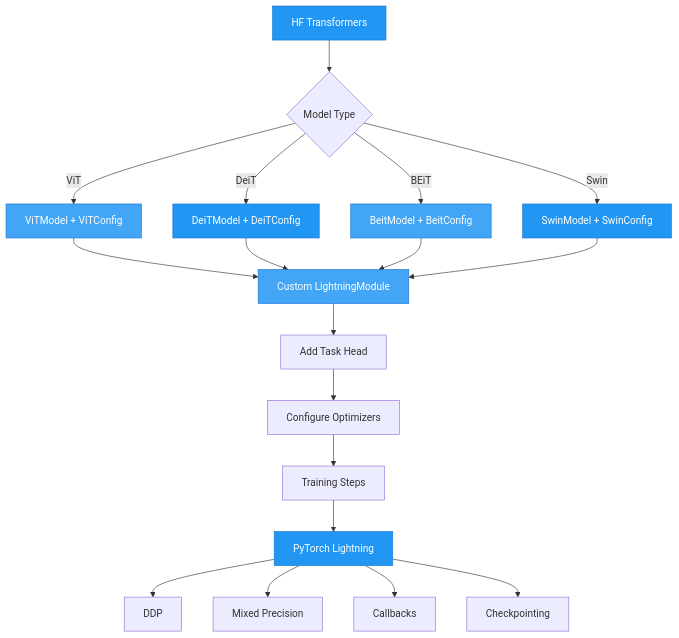
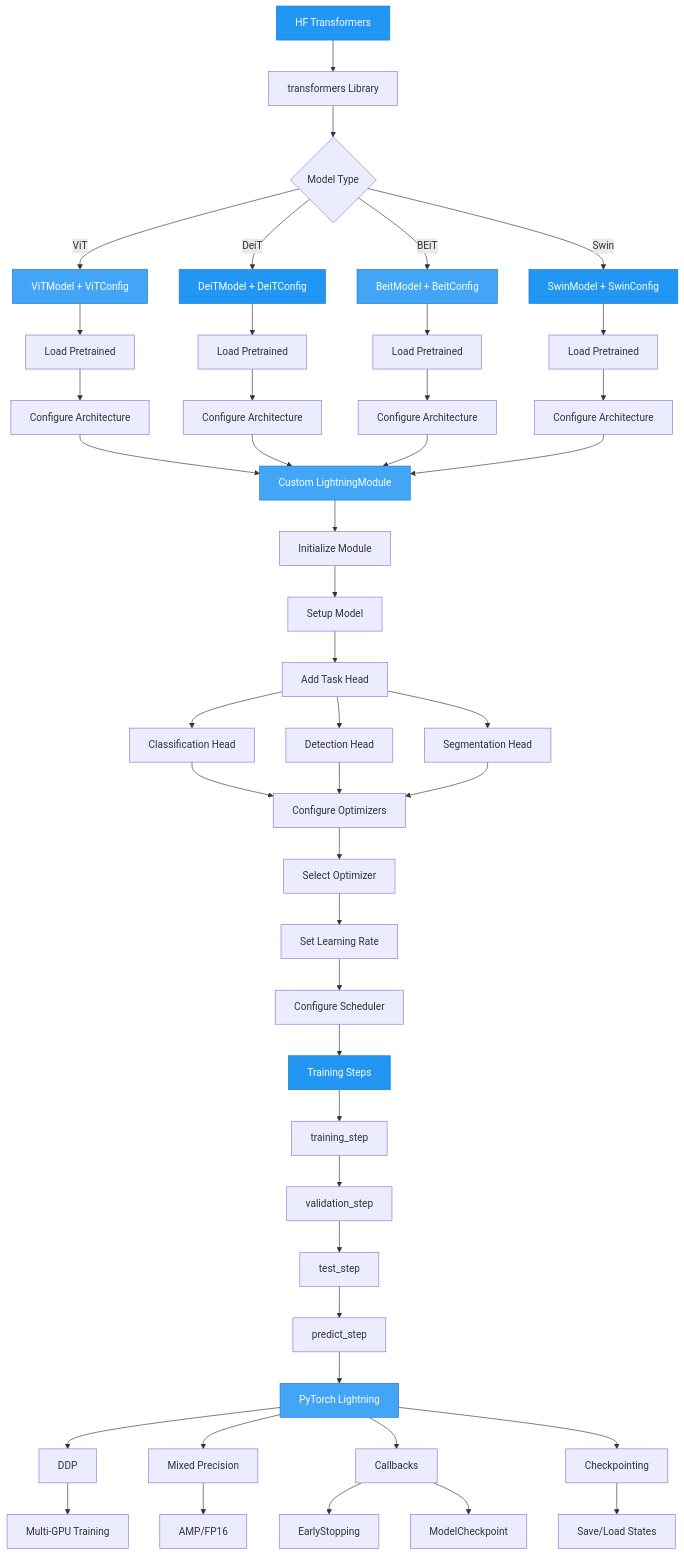
The diagram in docs/user-guide/integration/huggingface-transformers-integration.md (theja-vanka/AutoTimm), drawn with Mermaid before and after one commit. The commit also changed 48 other files, not shown here.

````diff
--- a/docs/user-guide/integration/huggingface-transformers-integration.md
+++ b/docs/user-guide/integration/huggingface-transformers-integration.md
@@ -7,33 +7,67 @@
 ```mermaid
 graph TD
-    A[HF Transformers] --> B{Model Type}
+    A[HF Transformers] --> A1[transformers Library]
+    A1 --> B{Model Type}
     
     B -->|ViT| C1[ViTModel + ViTConfig]
+    C1 --> C1a[Load Pretrained]
+    C1a --> C1b[Configure Architecture]
+    
     B -->|DeiT| C2[DeiTModel + DeiTConfig]
+    C2 --> C2a[Load Pretrained]
+    C2a --> C2b[Configure Architecture]
+    
     B -->|BEiT| C3[BeitModel + BeitConfig]
+    C3 --> C3a[Load Pretrained]
+    C3a --> C3b[Configure Architecture]
+    
     B -->|Swin| C4[SwinModel + SwinConfig]
+    C4 --> C4a[Load Pretrained]
+    C4a --> C4b[Configure Architecture]
     
-    C1 --> D[Custom LightningModule]
-    C2 --> D
-    C3 --> D
-    C4 --> D
+    C1b --> D[Custom LightningModule]
+    C2b --> D
+    C3b --> D
+    C4b --> D
     
-    D --> E[Add Task Head]
-    E --> F[Configure Optimizers]
-    F --> G[Training Steps]
+    D --> D1[Initialize Module]
+    D1 --> D2[Setup Model]
+    D2 --> E[Add Task Head]
+    E --> E1[Classification Head]
+    E --> E2[Detection Head]
+    E --> E3[Segmentation Head]
     
-    G --> H[PyTorch Lightning]
+    E1 --> F[Configure Optimizers]
+    E2 --> F
+    E3 --> F
+    F --> F1[Select Optimizer]
+    F1 --> F2[Set Learning Rate]
+    F2 --> F3[Configure Scheduler]
+    
+    F3 --> G[Training Steps]
+    G --> G1[training_step]
+    G1 --> G2[validation_step]
+    G2 --> G3[test_step]
+    G3 --> G4[predict_step]
+    
+    G4 --> H[PyTorch Lightning]
     
     H --> I1[DDP]
+    I1 --> I1a[Multi-GPU Training]
     H --> I2[Mixed Precision]
+    I2 --> I2a[AMP/FP16]
     H --> I3[Callbacks]
+    I3 --> I3a[EarlyStopping]
+    I3 --> I3b[ModelCheckpoint]
     H --> I4[Checkpointing]
+    I4 --> I4a[Save/Load States]
     
     style A fill:#2196F3,stroke:#1976D2,color:#fff
     style C1 fill:#42A5F5,stroke:#1976D2,color:#fff
     style C2 fill:#2196F3,stroke:#1976D2,color:#fff
     style C3 fill:#42A5F5,stroke:#1976D2,color:#fff
     style C4 fill:#2196F3,stroke:#1976D2,color:#fff
     style D fill:#42A5F5,stroke:#1976D2,color:#fff
-    style H fill:#2196F3,stroke:#1976D2,color:#fff
+    style G fill:#2196F3,stroke:#1976D2,color:#fff
+    style H fill:#42A5F5,stroke:#1976D2,color:#fff
 ```
````
